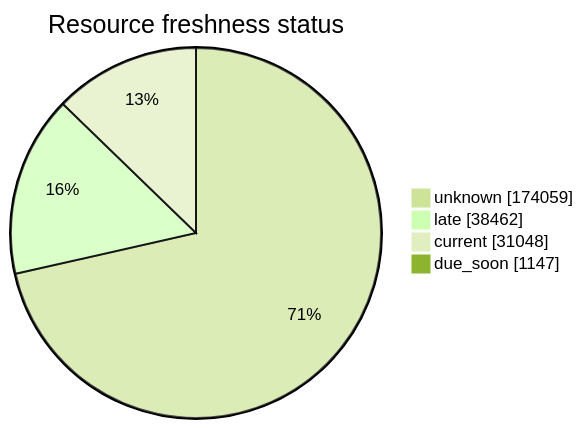
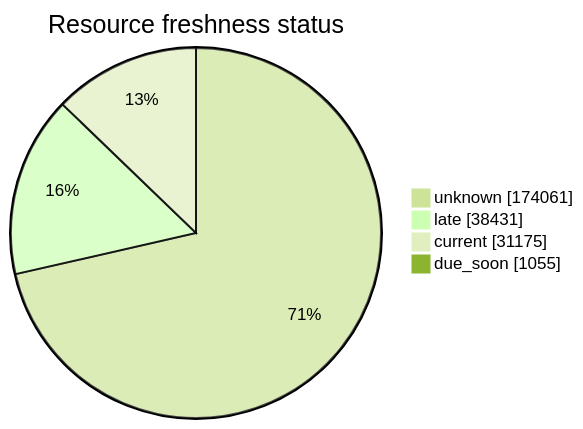
One commit to open-data/analytics-corporate-reporting changed the third of 5 diagrams in FreshCheck/README.md. Above: the diagram before and after it, drawn with Mermaid (forest theme). The commit also changed other lines of this file and 3 other files, not shown here.

````diff
--- a/FreshCheck/README.md
+++ b/FreshCheck/README.md
@@ -77,7 +77,7 @@
 ```mermaid
 pie showData title Resource freshness status
-    "unknown": 174059
-    "late": 38462
-    "current": 31048
-    "due_soon": 1147
+    "unknown": 174061
+    "late": 38431
+    "current": 31175
+    "due_soon": 1055
 ```
````
